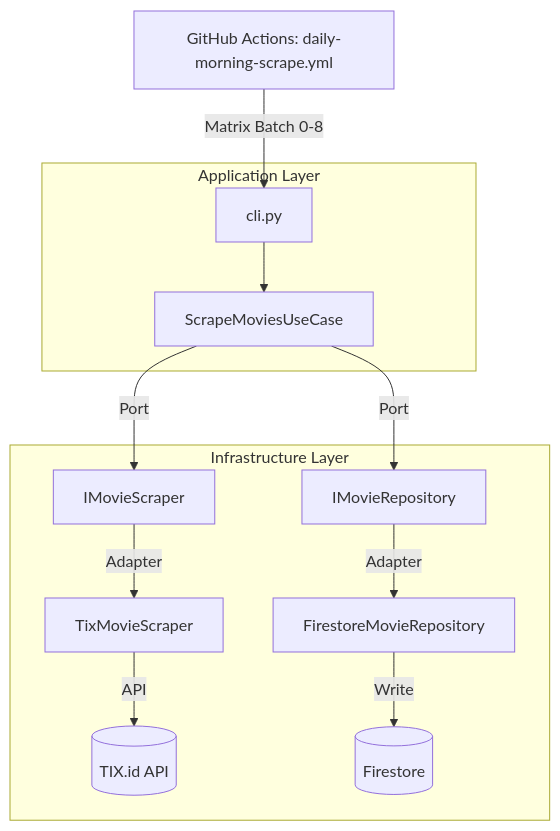
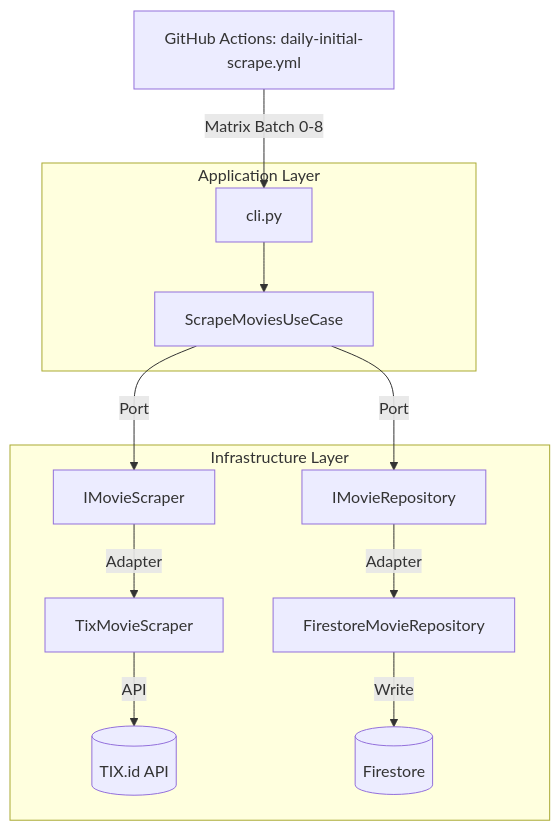
The first of 4 diagrams in backend/README.md (okihita/CineRadar), drawn with Mermaid before and after one commit. The commit also changed other lines of this file and 28 other files, not shown here.

````diff
--- a/backend/README.md
+++ b/backend/README.md
@@ -35,19 +35,19 @@
 ```mermaid
 flowchart TD
-    GH[GitHub Actions: daily-morning-scrape.yml] -->|Matrix Batch 0-8| CLI[cli.py]
+    GH[GitHub Actions: daily-initial-scrape.yml] -->|Matrix Batch 0-8| CLI[cli.py]
     
     subgraph "Application Layer"
         CLI --> UC[ScrapeMoviesUseCase]
     end
 
     subgraph "Infrastructure Layer"
         UC -->|Port| MS[IMovieScraper]
         UC -->|Port| MR[IMovieRepository]
         
         MS -->|Adapter| TMS[TixMovieScraper]
         MR -->|Adapter| FMR[FirestoreMovieRepository]
         
         TMS -->|API| TIX[(TIX.id API)]
         FMR -->|Write| FS[(Firestore)]
     end
 ```
````
